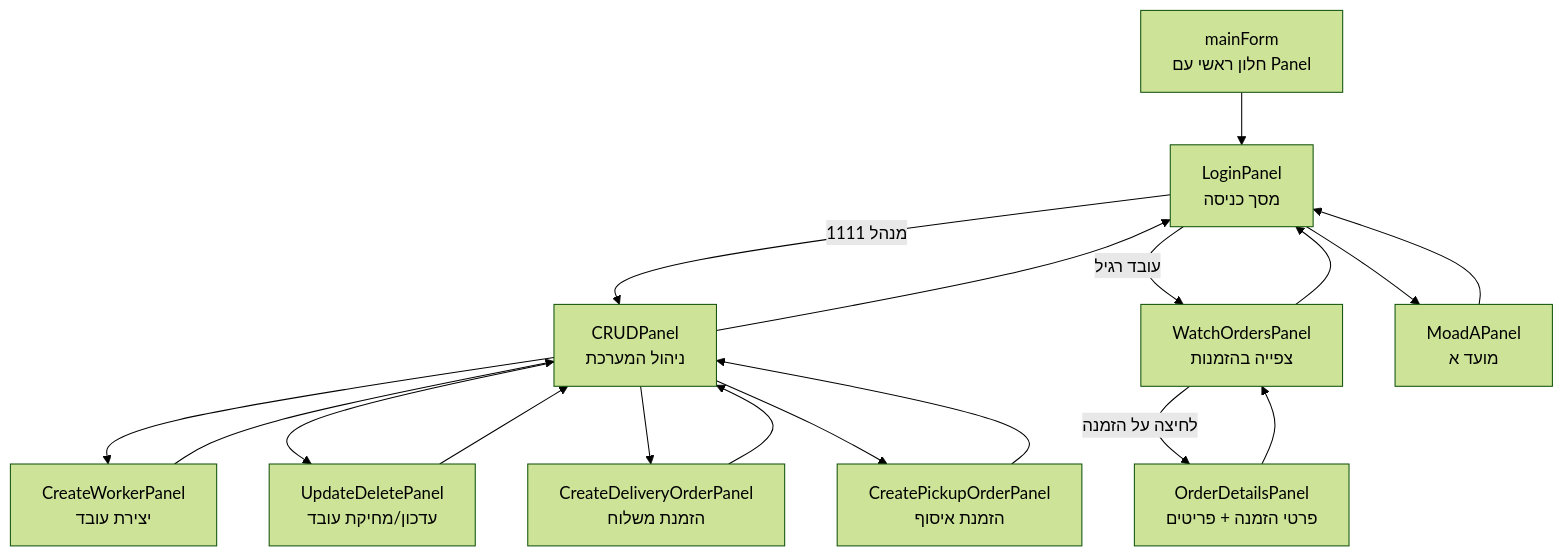
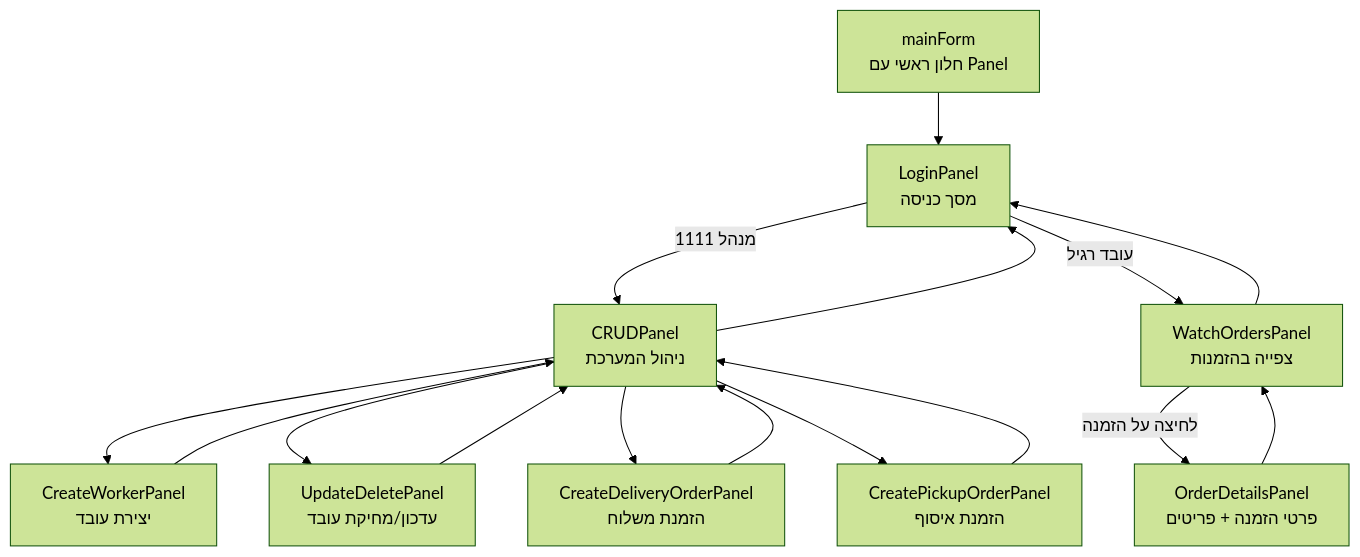
Before and after one commit to dcodish/SAD-sample-project: the third of 3 diagrams in docs/09-diagrams.md, drawn with Mermaid (forest theme). The commit also changed 5 other files, not shown here.

First line of the commit message:
Remove MoadAPanel - not needed in sample project

````diff
--- a/docs/09-diagrams.md
+++ b/docs/09-diagrams.md
@@ -178,20 +178,18 @@
 ```mermaid
 flowchart TD
     A[mainForm<br/>חלון ראשי עם Panel] --> B[LoginPanel<br/>מסך כניסה]
     B -->|מנהל 1111| C[CRUDPanel<br/>ניהול המערכת]
     B -->|עובד רגיל| D[WatchOrdersPanel<br/>צפייה בהזמנות]
-    B --> E[MoadAPanel<br/>מועד א]
     C --> F[CreateWorkerPanel<br/>יצירת עובד]
     C --> G[UpdateDeletePanel<br/>עדכון/מחיקת עובד]
     C --> H[CreateDeliveryOrderPanel<br/>הזמנת משלוח]
     C --> I[CreatePickupOrderPanel<br/>הזמנת איסוף]
     D -->|לחיצה על הזמנה| J[OrderDetailsPanel<br/>פרטי הזמנה + פריטים]
     F --> C
     G --> C
     H --> C
     I --> C
     J --> D
-    E --> B
     C --> B
     D --> B
 ```
````
